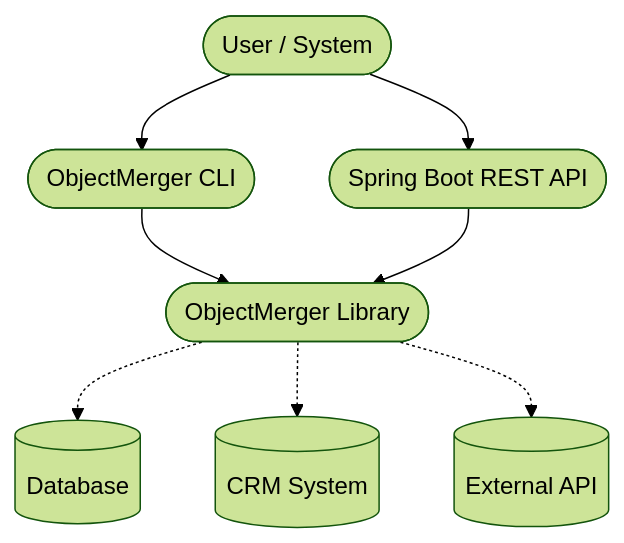
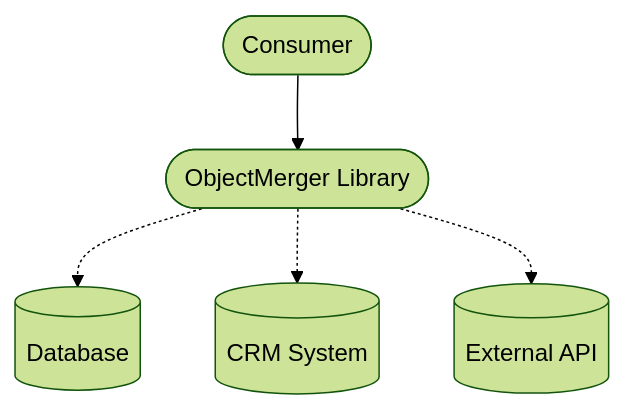
Before and after one commit to lokimax/objectmerger: the diagram in README.md, drawn with Mermaid (forest theme). The commit also changed other lines of this file, not shown here.

````diff
--- a/README.md
+++ b/README.md
@@ -32,20 +35,15 @@
 ```mermaid
 graph TD
-    User([User / System])
-    CLI([ObjectMerger CLI])
-    REST([Spring Boot REST API])
+    User([Consumer])
     Lib([ObjectMerger Library])
     
     DB[(Database)]
     CRM[(CRM System)]
     API[(External API)]
 
-    User --> CLI
-    User --> REST
-    CLI --> Lib
-    REST --> Lib
+    User --> Lib
     
     Lib -.-> DB
     Lib -.-> CRM
     Lib -.-> API
 ```
````
